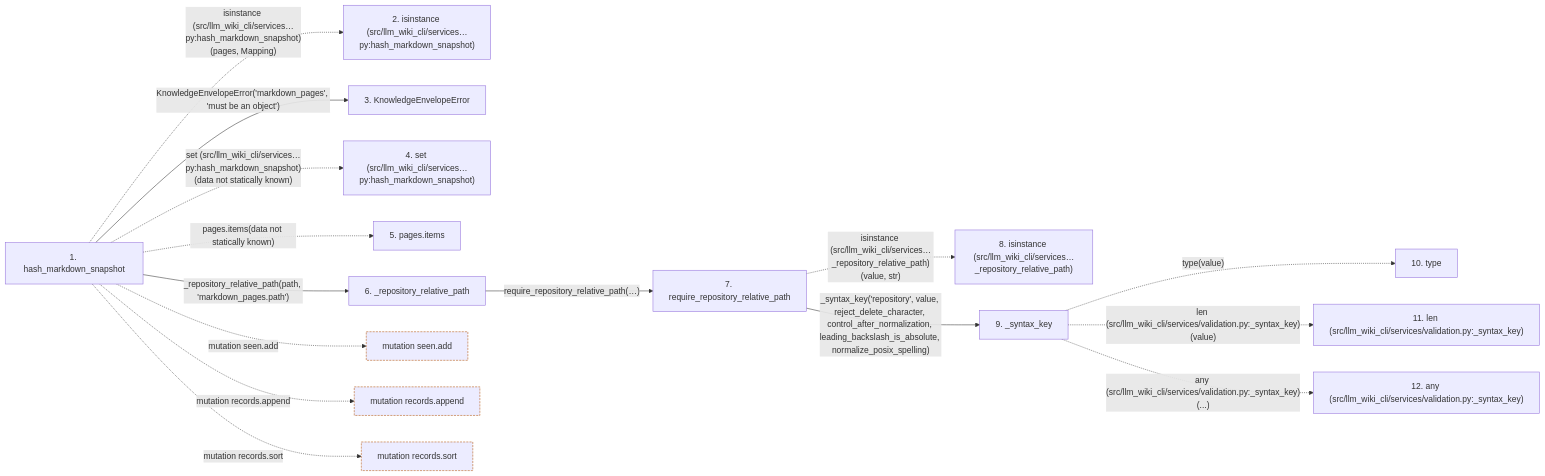
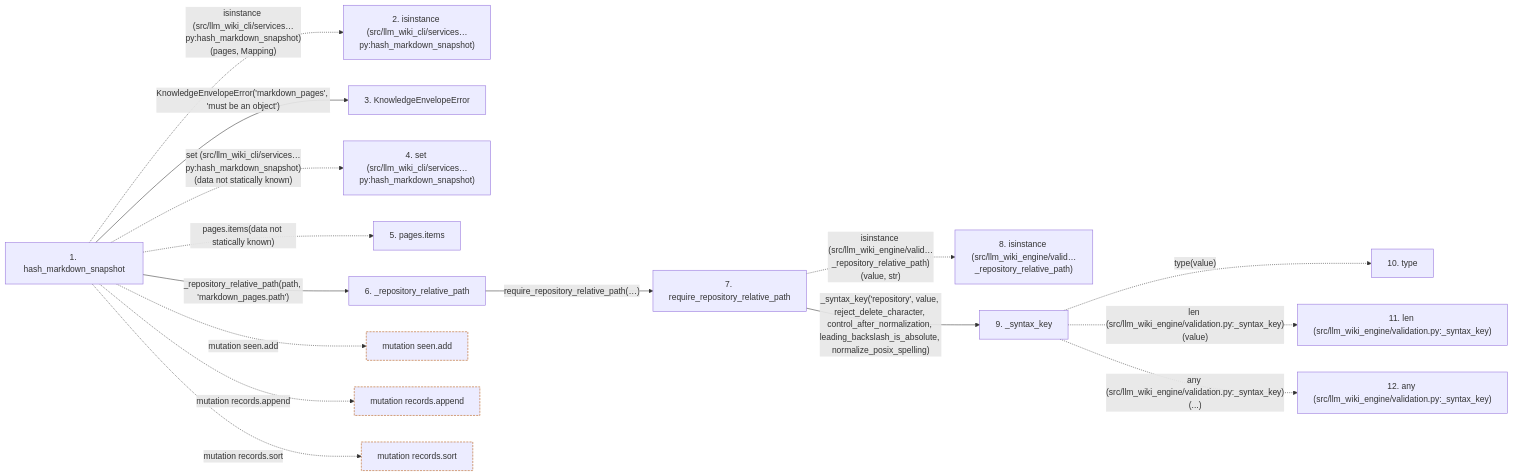
The second of 2 diagrams in docs/llm_wiki/flows/api-hash_markdown_snapshot.md (Denissvgn/python-wiki-llm), drawn with Mermaid before and after one commit. The commit also changed other lines of this file and 1103 other files, not shown here.

First line of the commit message:
docs: refresh the wiki for the llm-wiki-engine distribution

````diff
--- a/docs/llm_wiki/flows/api-hash_markdown_snapshot.md
+++ b/docs/llm_wiki/flows/api-hash_markdown_snapshot.md
@@ -127,41 +127,41 @@
 ```mermaid
 flowchart LR
     s1["1. hash_markdown_snapshot"]
     s2["2. isinstance (src/llm_wiki_cli/services…py:hash_markdown_snapshot)"]
     s3["3. KnowledgeEnvelopeError"]
     s4["4. set (src/llm_wiki_cli/services…py:hash_markdown_snapshot)"]
     s5["5. pages.items"]
     s6["6. _repository_relative_path"]
     s7["7. require_repository_relative_path"]
-    s8["8. isinstance (src/llm_wiki_cli/services…_repository_relative_path)"]
+    s8["8. isinstance (src/llm_wiki_engine/valid…_repository_relative_path)"]
     s9["9. _syntax_key"]
     s10["10. type"]
-    s11["11. len (src/llm_wiki_cli/services/validation.py:_syntax_key)"]
-    s12["12. any (src/llm_wiki_cli/services/validation.py:_syntax_key)"]
+    s11["11. len (src/llm_wiki_engine/validation.py:_syntax_key)"]
+    s12["12. any (src/llm_wiki_engine/validation.py:_syntax_key)"]
     s1 -. "isinstance (src/llm_wiki_cli/services…py:hash_markdown_snapshot)(pages, Mapping)" .-> s2
     s1 -->|"KnowledgeEnvelopeError('markdown_pages', 'must be an object')"| s3
     s1 -. "set (src/llm_wiki_cli/services…py:hash_markdown_snapshot)(data not statically known)" .-> s4
     s1 -. "pages.items(data not statically known)" .-> s5
     s1 -->|"_repository_relative_path(path, 'markdown_pages.path')"| s6
     s6 -->|"require_repository_relative_path(…)"| s7
-    s7 -. "isinstance (src/llm_wiki_cli/services…_repository_relative_path)(value, str)" .-> s8
+    s7 -. "isinstance (src/llm_wiki_engine/valid…_repository_relative_path)(value, str)" .-> s8
     s7 -->|"_syntax_key('repository', value, reject_delete_character, control_after_normalization, leading_backslash_is_absolute, normalize_posix_spelling)"| s9
     s9 -. "type(value)" .-> s10
-    s9 -. "len (src/llm_wiki_cli/services/validation.py:_syntax_key)(value)" .-> s11
-    s9 -. "any (src/llm_wiki_cli/services/validation.py:_syntax_key)(...)" .-> s12
+    s9 -. "len (src/llm_wiki_engine/validation.py:_syntax_key)(value)" .-> s11
+    s9 -. "any (src/llm_wiki_engine/validation.py:_syntax_key)(...)" .-> s12
     b0["mutation seen.add"]
     s1 -. "mutation seen.add" .-> b0
     b1["mutation records.append"]
     s1 -. "mutation records.append" .-> b1
     b2["mutation records.sort"]
     s1 -. "mutation records.sort" .-> b2
     click s1 "../modules/knowledge_envelope.md"
     click s3 "../modules/knowledge_envelope.md"
     click s6 "../modules/knowledge_envelope.md"
     click s7 "../modules/validation.md"
     click s9 "../modules/validation.md"
     classDef boundary stroke:#b45309,stroke-dasharray: 4 2
     class b0 boundary
     class b1 boundary
     class b2 boundary
 ```
````
